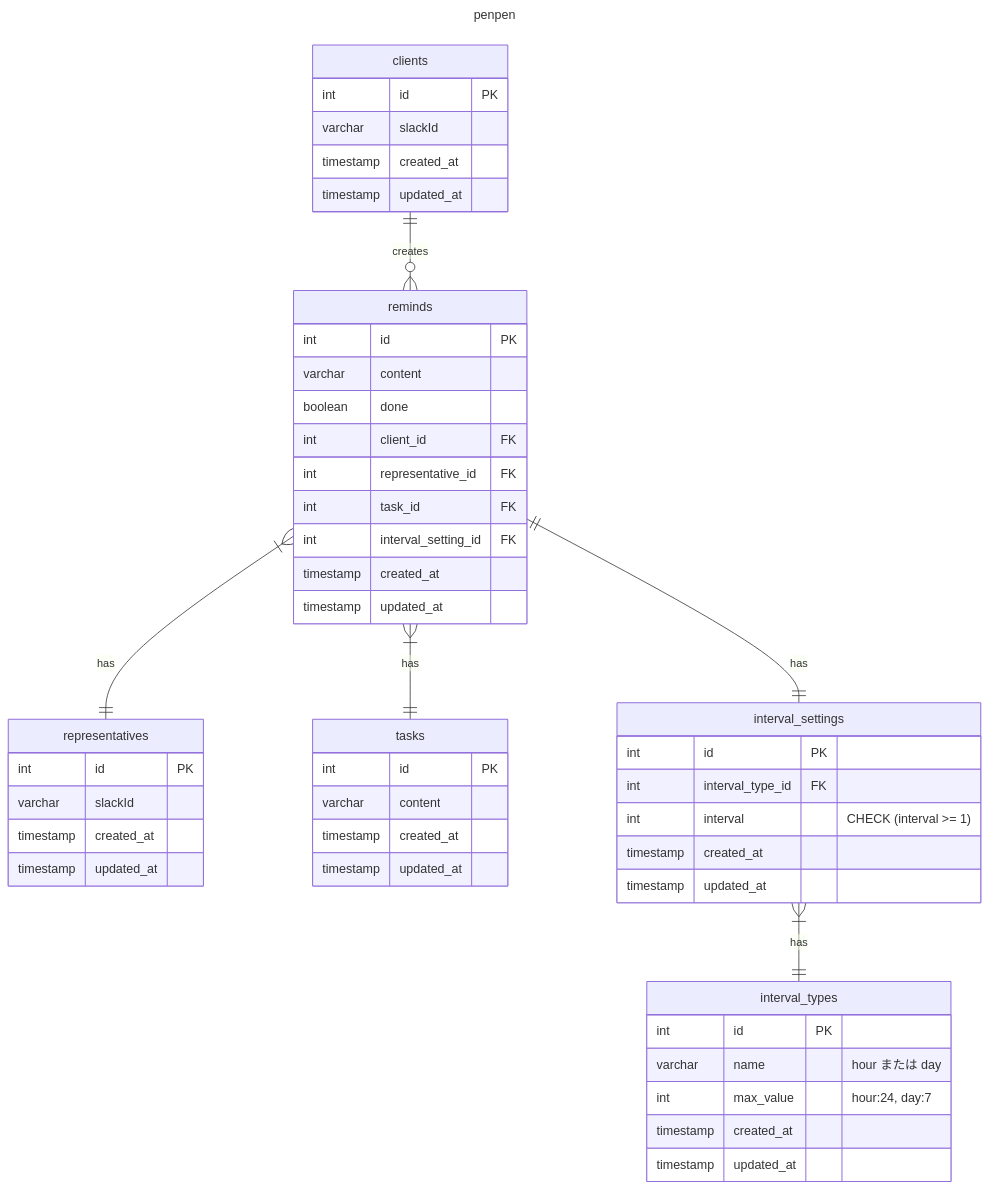
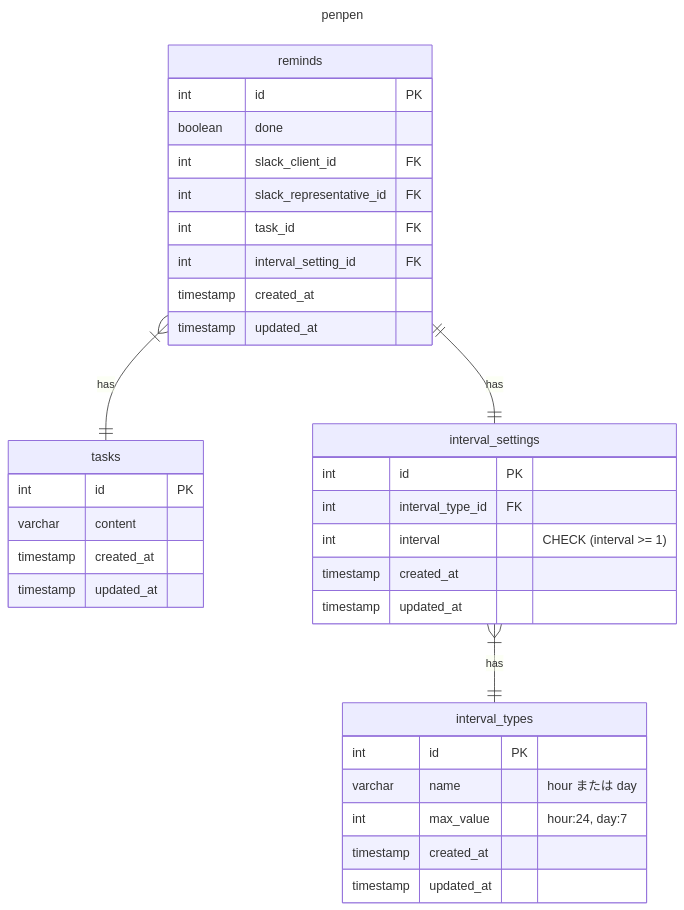
Before and after one commit to ttakuma17/til: the diagram in db/modeling/4-latest/er.md, drawn with Mermaid. The commit also changed other lines of this file and 1 other file, not shown here.

Commit message:
DBモデリング3の見直し

````diff
--- a/db/modeling/4-latest/er.md
+++ b/db/modeling/4-latest/er.md
@@ -9,61 +10,44 @@
 ```mermaid
 ---
 title: penpen
 ---
 erDiagram
-  %% 依頼者(R)
-  clients {
-    int id PK
-    varchar slackId
-    timestamp created_at
-    timestamp updated_at
-  }
   %% リマインド (E)
   reminds {
     int id PK
-    varchar content
     boolean done
-    int client_id FK
-    int representative_id FK
+    int slack_client_id FK
+    int slack_representative_id FK
     int task_id FK
     int interval_setting_id FK
-    timestamp created_at
-    timestamp updated_at
-  }
-  %% 担当者(R)
-  representatives {
-    int id PK
-    varchar slackId
     timestamp created_at
     timestamp updated_at
   }
   %% タスク(R)
   tasks {
     int id PK
     varchar content
     timestamp created_at
     timestamp updated_at
   }
   %% リマインド間隔タイプ(R)
   interval_types {
     int id PK
     varchar name "hour または day"
     int max_value "hour:24, day:7"
     timestamp created_at
     timestamp updated_at
   }
   %% リマインド間隔設定(R)
   interval_settings {
     int id PK
     int interval_type_id FK
     int interval "CHECK (interval >= 1)"
     timestamp created_at
     timestamp updated_at
   }
   
-  clients ||--o{ reminds: "creates"
-  reminds }|--|| representatives: "has"
   reminds }|--|| tasks: "has"
   reminds ||--|| interval_settings: "has"
   interval_settings }|--|| interval_types: "has"
 ```
````
